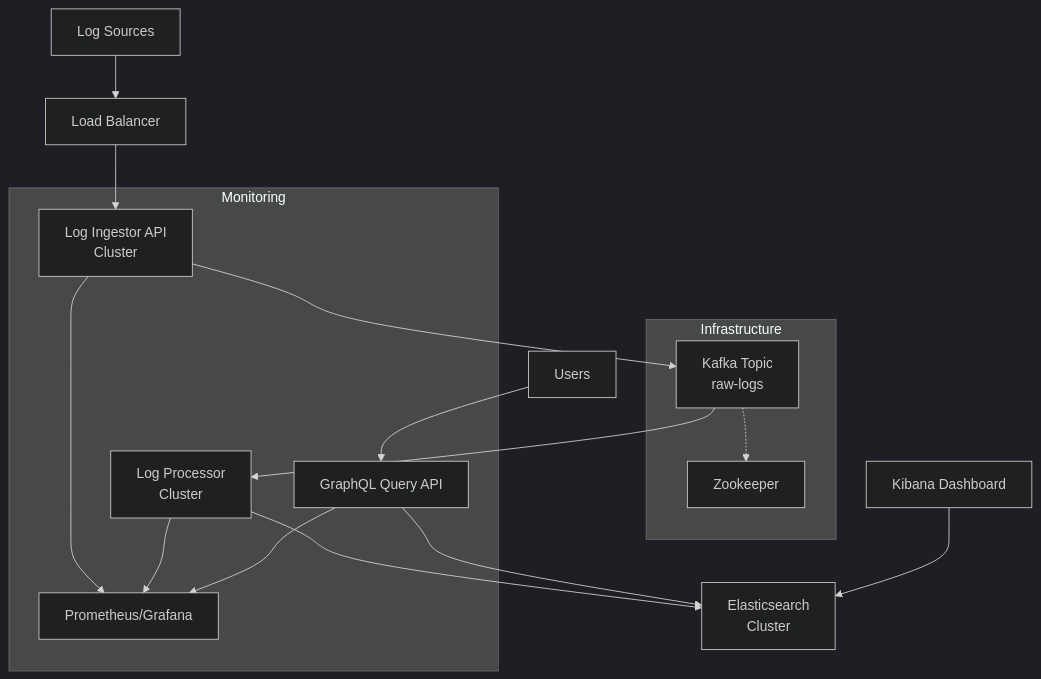
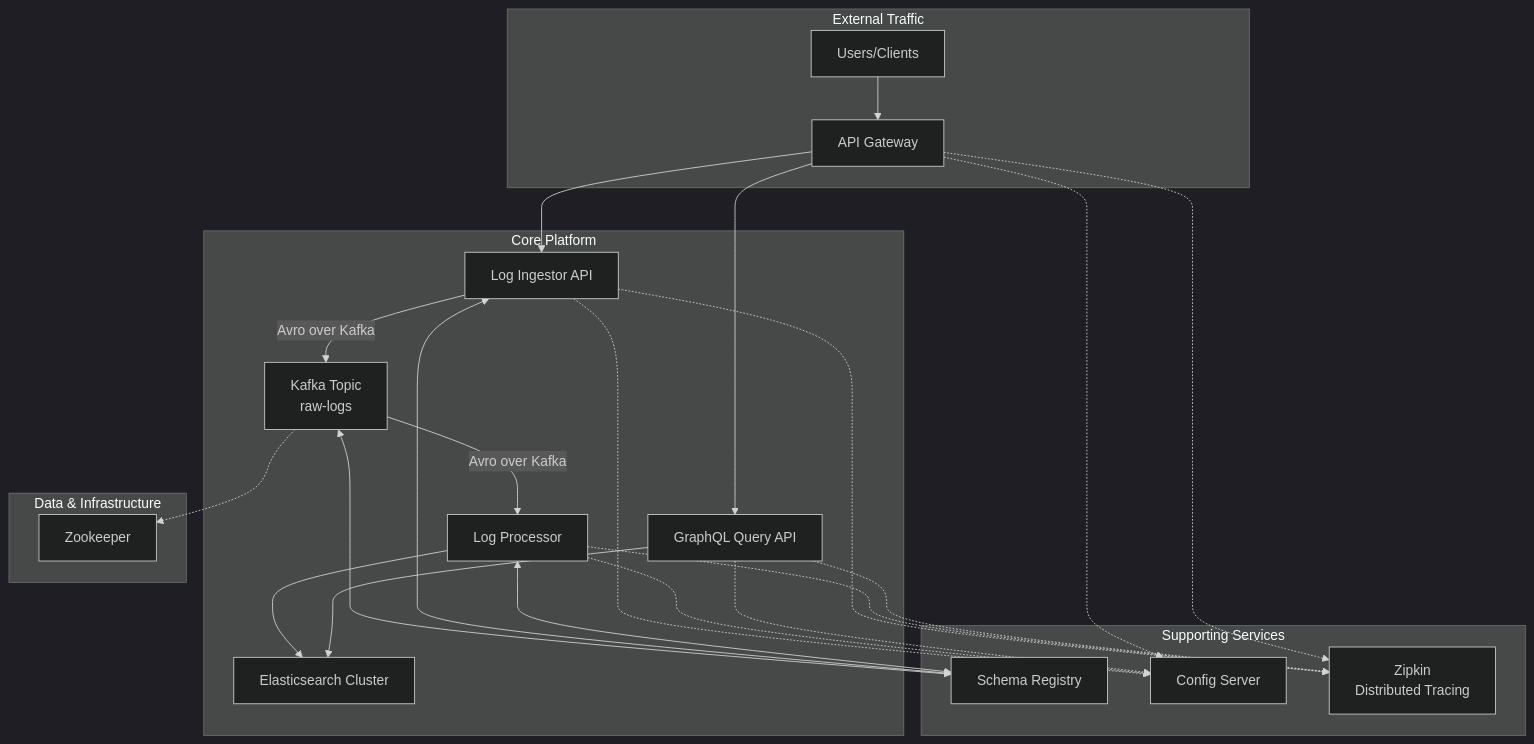
The diagram in README.md (sahanurmondal/log-analytics-platform), drawn with Mermaid (dark theme) before and after one commit. The commit also changed other lines of this file and 37 other files, not shown here.

````diff
--- a/README.md
+++ b/README.md
@@ -11,25 +11,41 @@
 ```mermaid
 graph TD
-    A[Log Sources] --> B[Load Balancer]
-    B --> C[Log Ingestor API<br/>Cluster]
-    C --> D[Kafka Topic<br/>raw-logs]
-    D --> E[Log Processor<br/>Cluster]
-    E --> F[Elasticsearch<br/>Cluster]
-    
-    G[Users] --> H[GraphQL Query API]
-    H --> F
-    
-    I[Kibana Dashboard] --> F
-    
-    subgraph "Infrastructure"
-        J[Zookeeper]
-        D -.-> J
+    subgraph "External Traffic"
+        U[Users/Clients] --> GW[API Gateway]
     end
-    
-    subgraph "Monitoring"
-        K[Prometheus/Grafana]
-        C --> K
-        E --> K
-        H --> K
+
+    subgraph "Core Platform"
+        GW --> I[Log Ingestor API]
+        GW --> Q[GraphQL Query API]
+        
+        I -- Avro over Kafka --> K[Kafka Topic<br/>raw-logs]
+        K -- Avro over Kafka --> P[Log Processor]
+        
+        P --> E[Elasticsearch Cluster]
+        Q --> E
+    end
+
+    subgraph "Supporting Services"
+        SR[Schema Registry]
+        K <--> SR
+        I <--> SR
+        P <--> SR
+        
+        CS[Config Server]
+        I -.-> CS
+        P -.-> CS
+        Q -.-> CS
+        GW -.-> CS
+        
+        Z[Zipkin<br/>Distributed Tracing]
+        I -.-> Z
+        P -.-> Z
+        Q -.-> Z
+        GW -.-> Z
+    end
+
+    subgraph "Data & Infrastructure"
+        K -.-> ZK[Zookeeper]
+        E
     end
 ```
````
